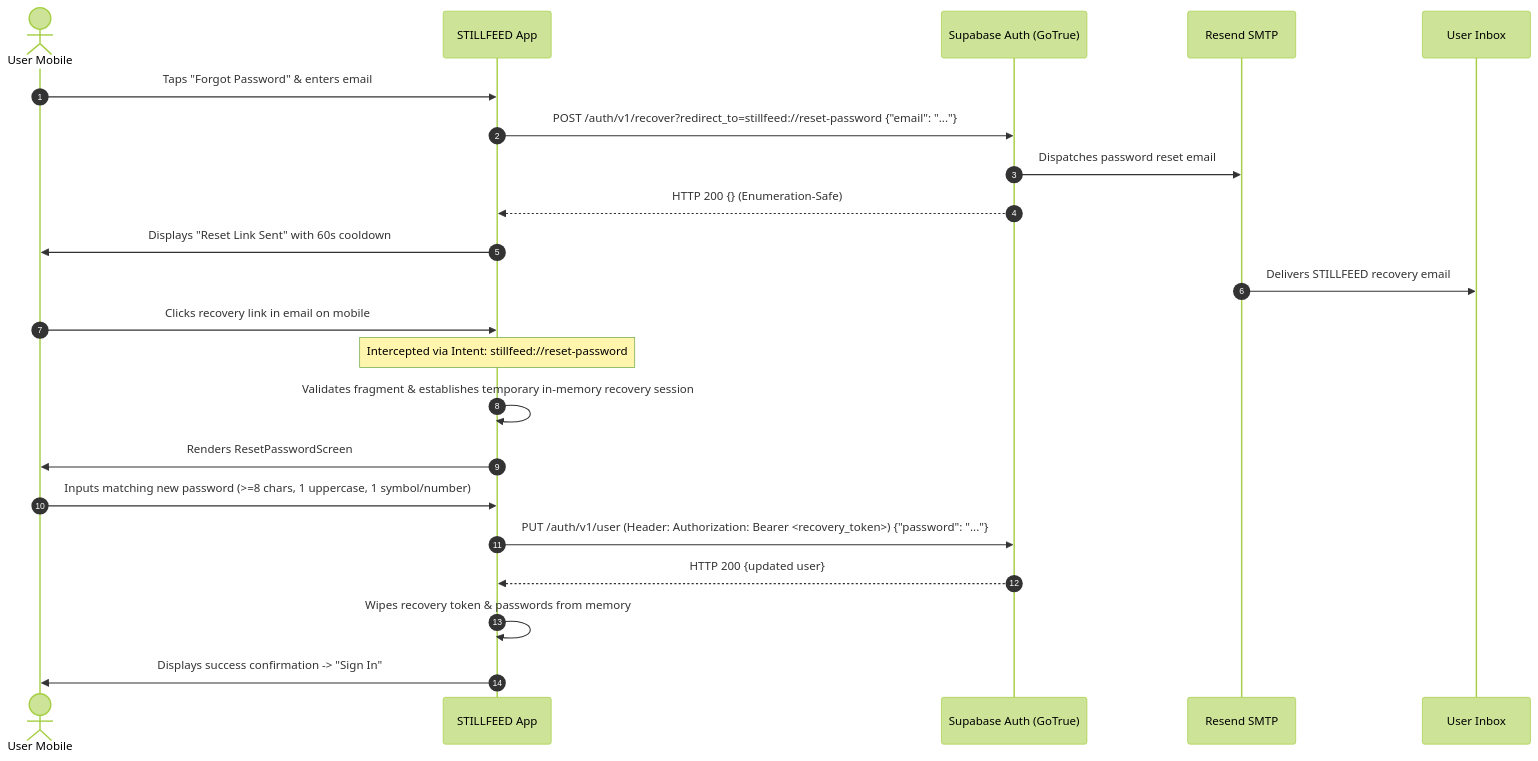
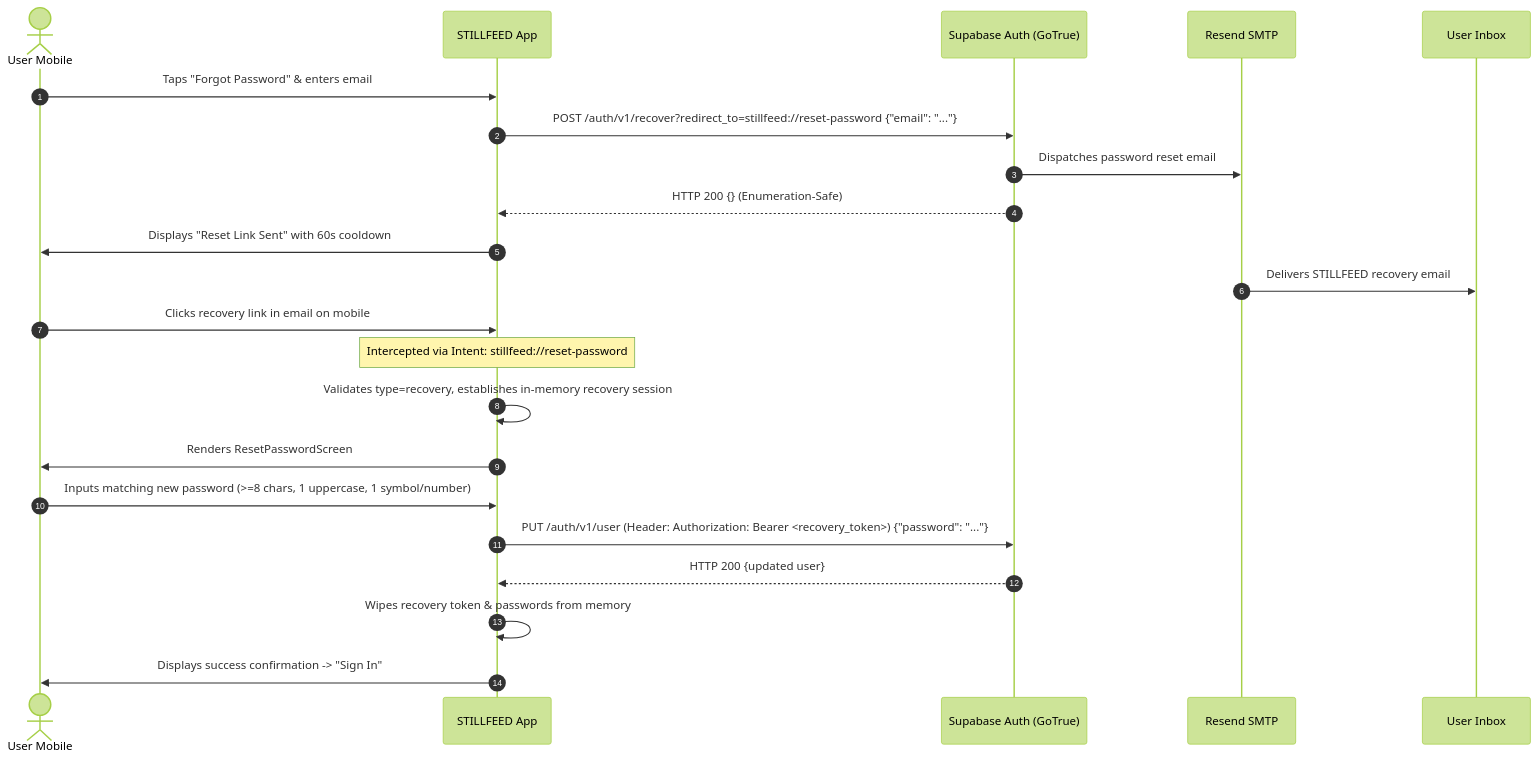
The diagram in Step Reports/step_15_forgot_password_implementation_report.md (gugan207/STILLFEED), drawn with Mermaid (forest theme) before and after one commit. The commit also changed other lines of this file and 8 other files, not shown here.

Commit message:
fix(auth): require type=recovery in handleRecoveryLink, implement verifyTokenHash, and update Step 15 report

````diff
--- a/Step Reports/step_15_forgot_password_implementation_report.md
+++ b/Step Reports/step_15_forgot_password_implementation_report.md
@@ -74,25 +76,25 @@
 ```mermaid
 sequenceDiagram
     autonumber
     actor User as User Mobile
     participant App as STILLFEED App
     participant GoTrue as Supabase Auth (GoTrue)
     participant Resend as Resend SMTP
     participant Email as User Inbox
 
     User->>App: Taps "Forgot Password" & enters email
     App->>GoTrue: POST /auth/v1/recover?redirect_to=stillfeed://reset-password {"email": "..."}
     GoTrue->>Resend: Dispatches password reset email
     GoTrue-->>App: HTTP 200 {} (Enumeration-Safe)
     App->>User: Displays "Reset Link Sent" with 60s cooldown
     Resend->>Email: Delivers STILLFEED recovery email
     User->>App: Clicks recovery link in email on mobile
     Note over App: Intercepted via Intent: stillfeed://reset-password#access_token=JWT&type=recovery
-    App->>App: Validates fragment & establishes temporary in-memory recovery session
+    App->>App: Validates type=recovery, establishes in-memory recovery session
     App->>User: Renders ResetPasswordScreen
     User->>App: Inputs matching new password (>=8 chars, 1 uppercase, 1 symbol/number)
     App->>GoTrue: PUT /auth/v1/user (Header: Authorization: Bearer <recovery_token>) {"password": "..."}
     GoTrue-->>App: HTTP 200 {updated user}
     App->>App: Wipes recovery token & passwords from memory
     App->>User: Displays success confirmation -> "Sign In"
 ```
````
